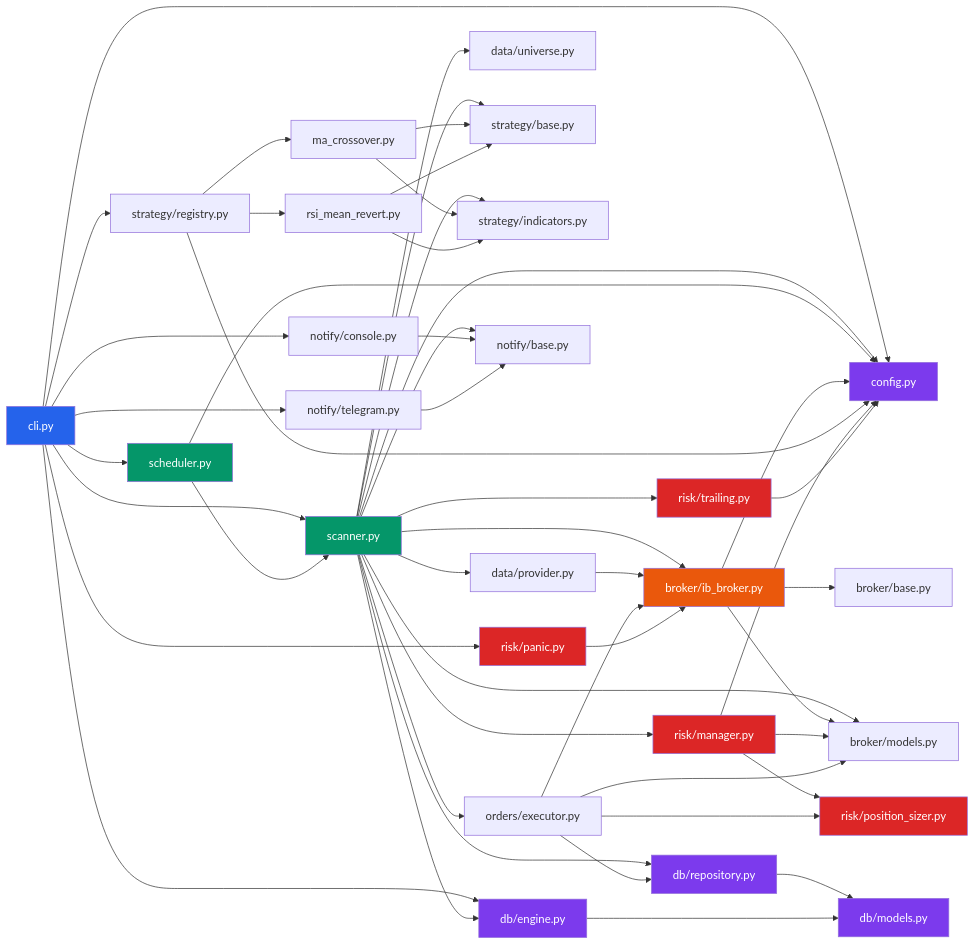
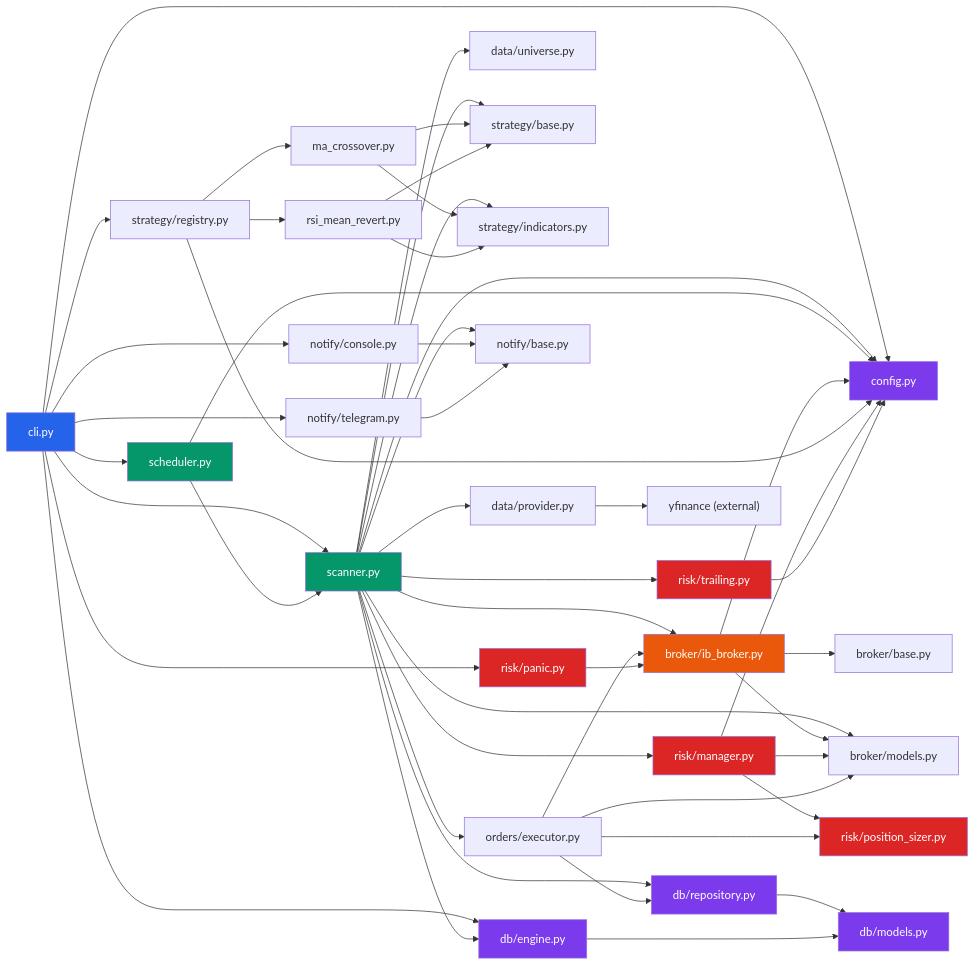
One commit to blackjek23/vibe_trade changed the third of 5 diagrams in PROJECT_MAP.md. Above: the diagram before and after it, drawn with Mermaid. The commit also changed other lines of this file and 11 other files, not shown here.

```diff
--- a/PROJECT_MAP.md
+++ b/PROJECT_MAP.md
@@ -270,7 +270,8 @@
     ib --> models_b
     ib --> config
 
-    provider --> ib
+    yf["yfinance (external)"]
+    provider --> yf
 
     ma --> base_s
     ma --> indicators
```
